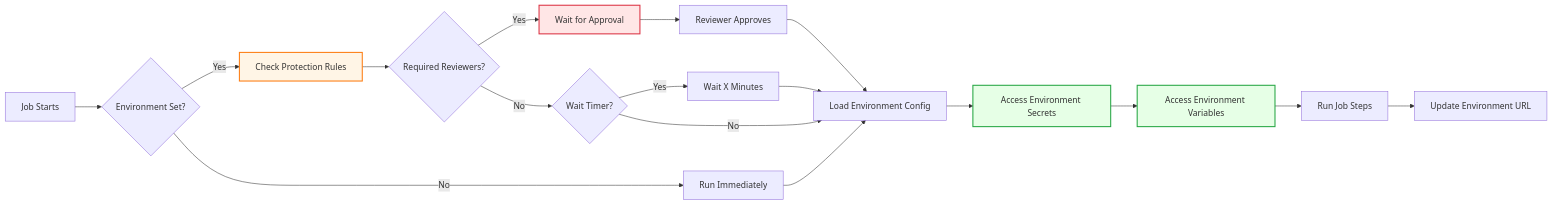
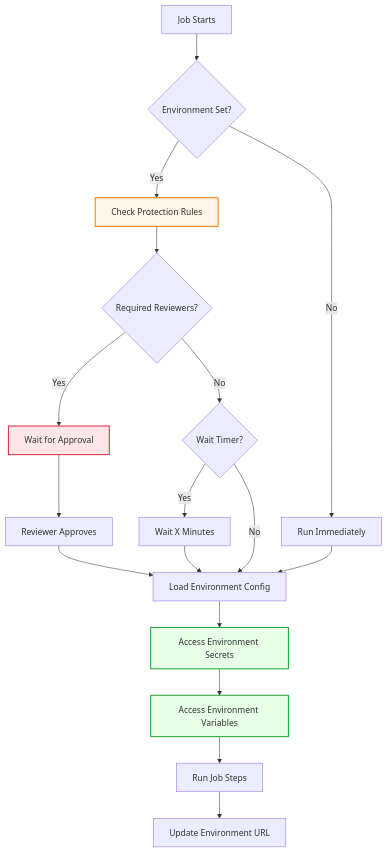
One commit to hamedfirouzipouyaei/bashScripting changed diagram 11 of 18 in CICD.md. Above: the diagram before and after it, drawn with Mermaid. The commit also changed other lines of this file and 2 other files, not shown here.

````diff
--- a/CICD.md
+++ b/CICD.md
@@ -2701,28 +2063,28 @@
 ```mermaid
-flowchart LR
+flowchart TB
     A[Job Starts] --> B{Environment Set?}
     B -->|Yes| C[Check Protection Rules]
     B -->|No| D[Run Immediately]
     
     C --> E{Required Reviewers?}
     E -->|Yes| F[Wait for Approval]
     E -->|No| G{Wait Timer?}
     
     F --> H[Reviewer Approves]
     G -->|Yes| I[Wait X Minutes]
     G -->|No| J[Load Environment Config]
     
     H --> J
     I --> J
     D --> J
     
     J --> K[Access Environment Secrets]
     K --> L[Access Environment Variables]
     L --> M[Run Job Steps]
     M --> N[Update Environment URL]
     
     style C fill:#fff5e6,stroke:#fd7e14,stroke-width:2px
     style F fill:#ffe6e6,stroke:#dc3545,stroke-width:2px
     style K fill:#e6ffe6,stroke:#28a745,stroke-width:2px
     style L fill:#e6ffe6,stroke:#28a745,stroke-width:2px
 ```
````
